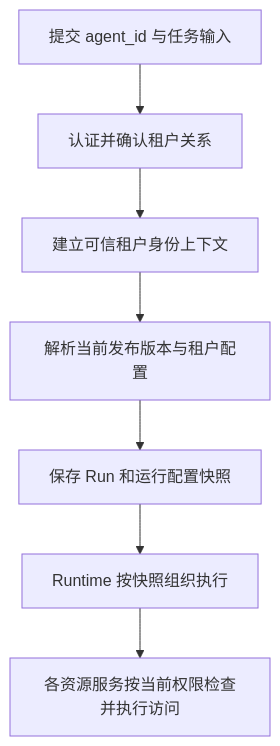
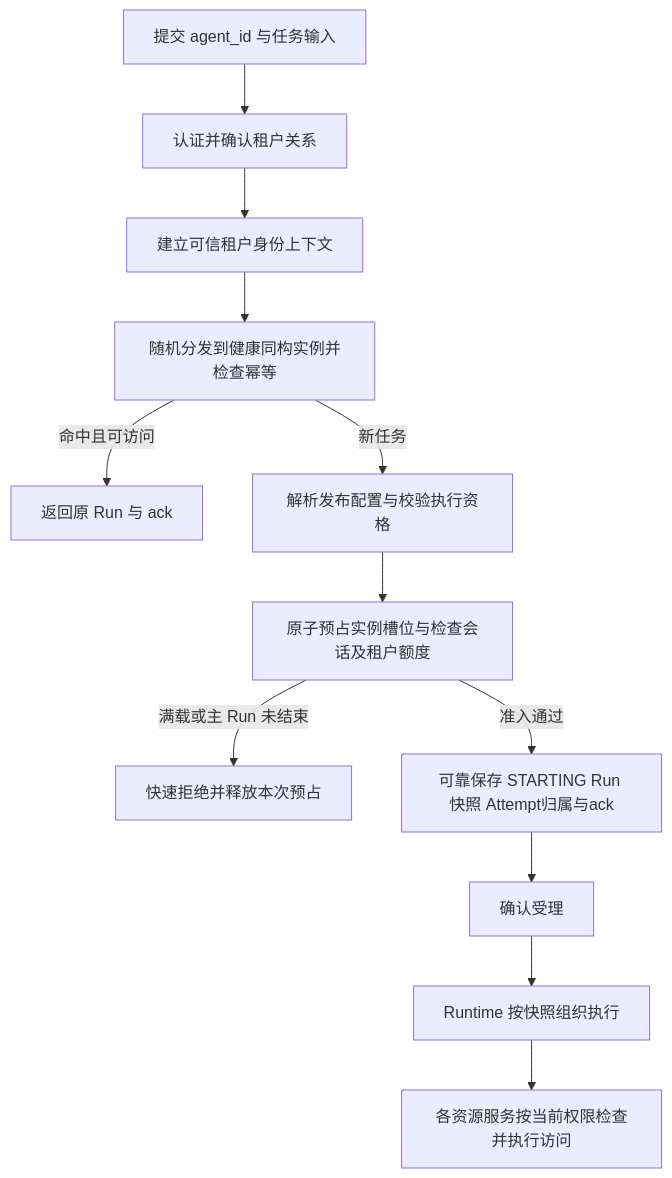
Before and after one commit to youngPvt/note-book: the diagram in work/base/01-management/02-租户配置服务与执行权限.md, drawn with Mermaid. The commit also changed other lines of this file and 48 other files, not shown here.

````diff
--- a/work/base/01-management/02-租户配置服务与执行权限.md
+++ b/work/base/01-management/02-租户配置服务与执行权限.md
@@ -48,9 +48,14 @@
 ```mermaid
 flowchart TD
     A[提交 agent_id 与任务输入] --> B[认证并确认租户关系]
     B --> C[建立可信租户身份上下文]
-    C --> D[解析当前发布版本与租户配置]
-    D --> E[保存 Run 和运行配置快照]
-    E --> F[Runtime 按快照组织执行]
+    C --> H[随机分发到健康同构实例并检查幂等]
+    H -->|命中且可访问| R[返回原 Run 与 ack]
+    H -->|新任务| D[解析发布配置与校验执行资格]
+    D --> I[原子预占实例槽位与检查会话及租户额度]
+    I -->|满载或主 Run 未结束| J[快速拒绝并释放本次预占]
+    I -->|准入通过| E[可靠保存 STARTING Run 快照 Attempt归属与ack]
+    E --> K[确认受理]
+    K --> F[Runtime 按快照组织执行]
     F --> G[各资源服务按当前权限检查并执行访问]
 ```
````
